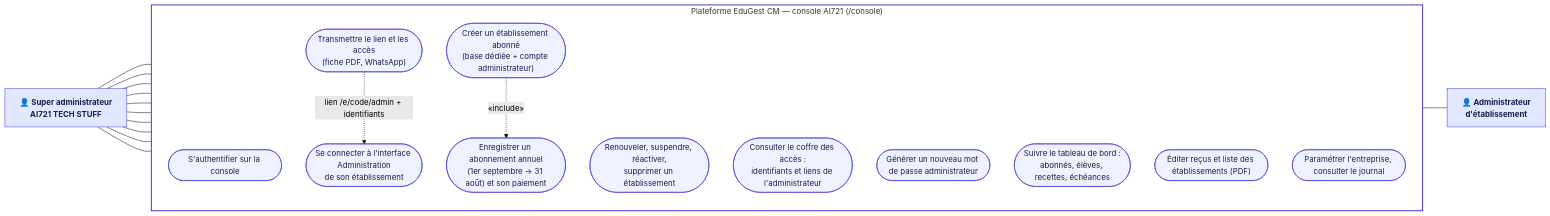
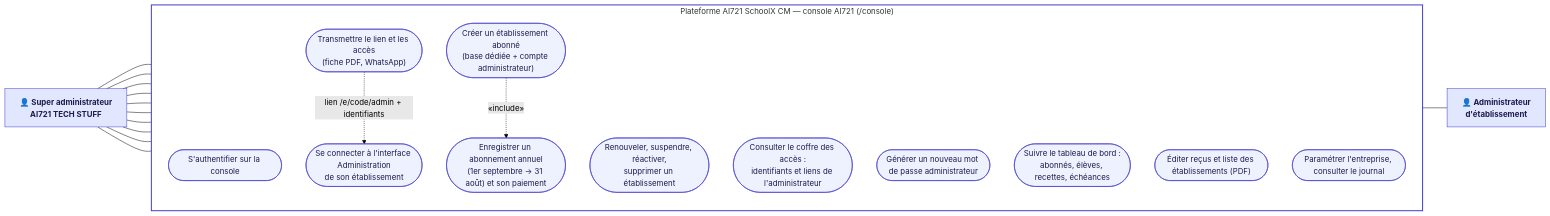
Before and after one commit to ANDJE30/MY_WORLD: the diagram in docs/uml/01c_cas_utilisation_superadmin.mmd, drawn with Mermaid (forest theme). The commit also changed 155 other files, not shown here.

```diff
--- a/docs/uml/01c_cas_utilisation_superadmin.mmd
+++ b/docs/uml/01c_cas_utilisation_superadmin.mmd
@@ -1,26 +1,26 @@
 flowchart LR
   SA["👤 Super administrateur<br/>AI721 TECH STUFF"]
   ADM["👤 Administrateur<br/>d'établissement"]
-  subgraph SYS["Plateforme EduGest CM — console AI721 (/console)"]
+  subgraph SYS["Plateforme AI721 SchoolX CM — console AI721 (/console)"]
     direction TB
     U1(["S'authentifier sur la console"])
     U2(["Créer un établissement abonné<br/>(base dédiée + compte administrateur)"])
     U3(["Enregistrer un abonnement annuel<br/>(1er septembre → 31 août) et son paiement"])
     U4(["Renouveler, suspendre, réactiver,<br/>supprimer un établissement"])
     U5(["Consulter le coffre des accès :<br/>identifiants et liens de l'administrateur"])
     U6(["Générer un nouveau mot de passe administrateur"])
     U7(["Transmettre le lien et les accès<br/>(fiche PDF, WhatsApp)"])
     U8(["Suivre le tableau de bord :<br/>abonnés, élèves, recettes, échéances"])
     U9(["Éditer reçus et liste des établissements (PDF)"])
     U10(["Paramétrer l'entreprise, consulter le journal"])
     U11(["Se connecter à l'interface Administration<br/>de son établissement"])
   end
   SA --- U1 & U2 & U3 & U4 & U5 & U6 & U7 & U8 & U9 & U10
   U7 -. "lien /e/code/admin + identifiants" .-> U11
   U11 --- ADM
   U2 -. "«include»" .-> U3
   classDef actor fill:#e0e7ff,stroke:#4338ca,color:#1e1b4b,font-weight:bold
   classDef uc fill:#eef2ff,stroke:#4338ca,color:#1e1b4b
   class SA,ADM actor
   class U1,U2,U3,U4,U5,U6,U7,U8,U9,U10,U11 uc
   style SYS fill:#ffffff,stroke:#4338ca,stroke-width:2px
```
